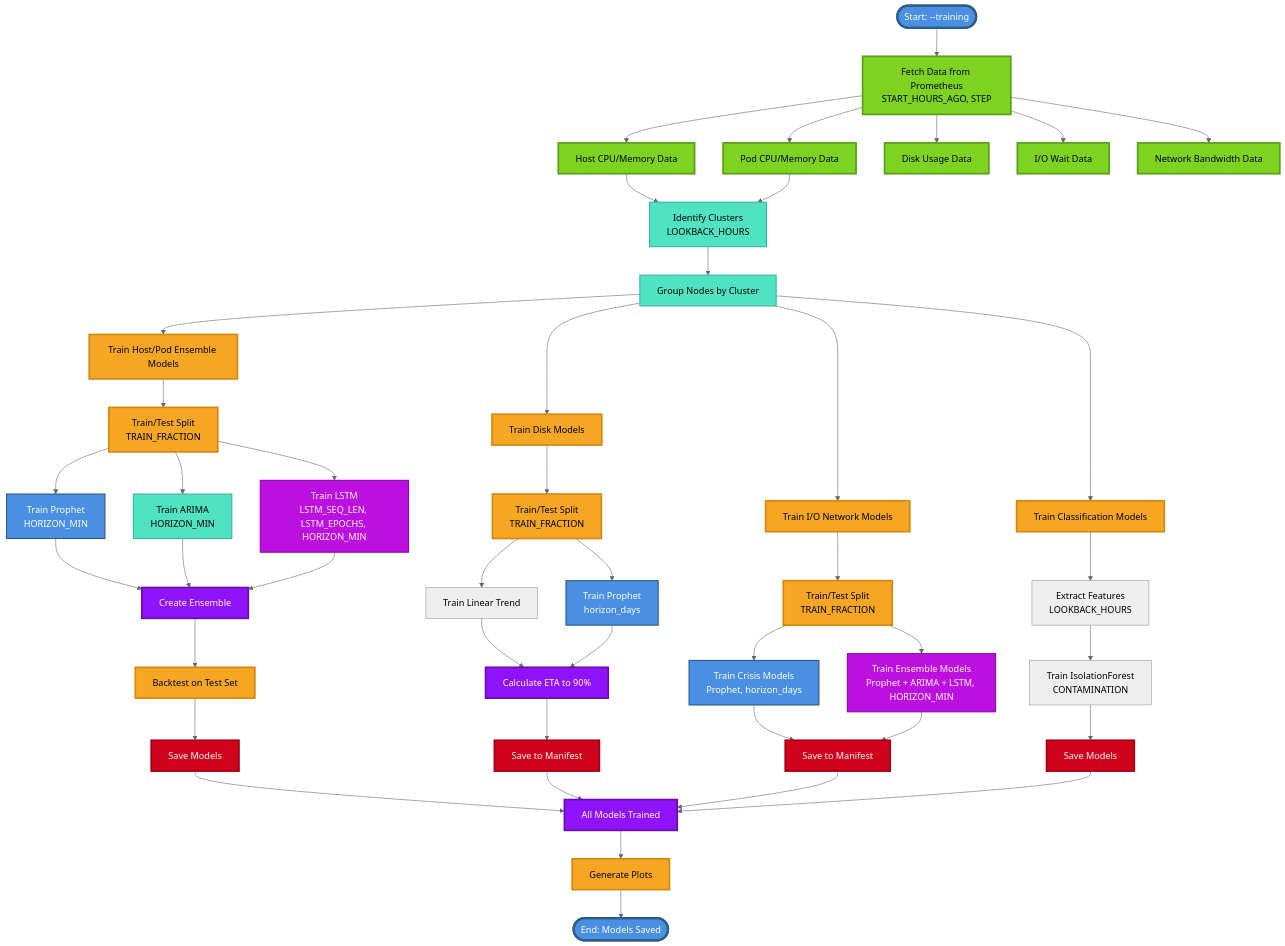
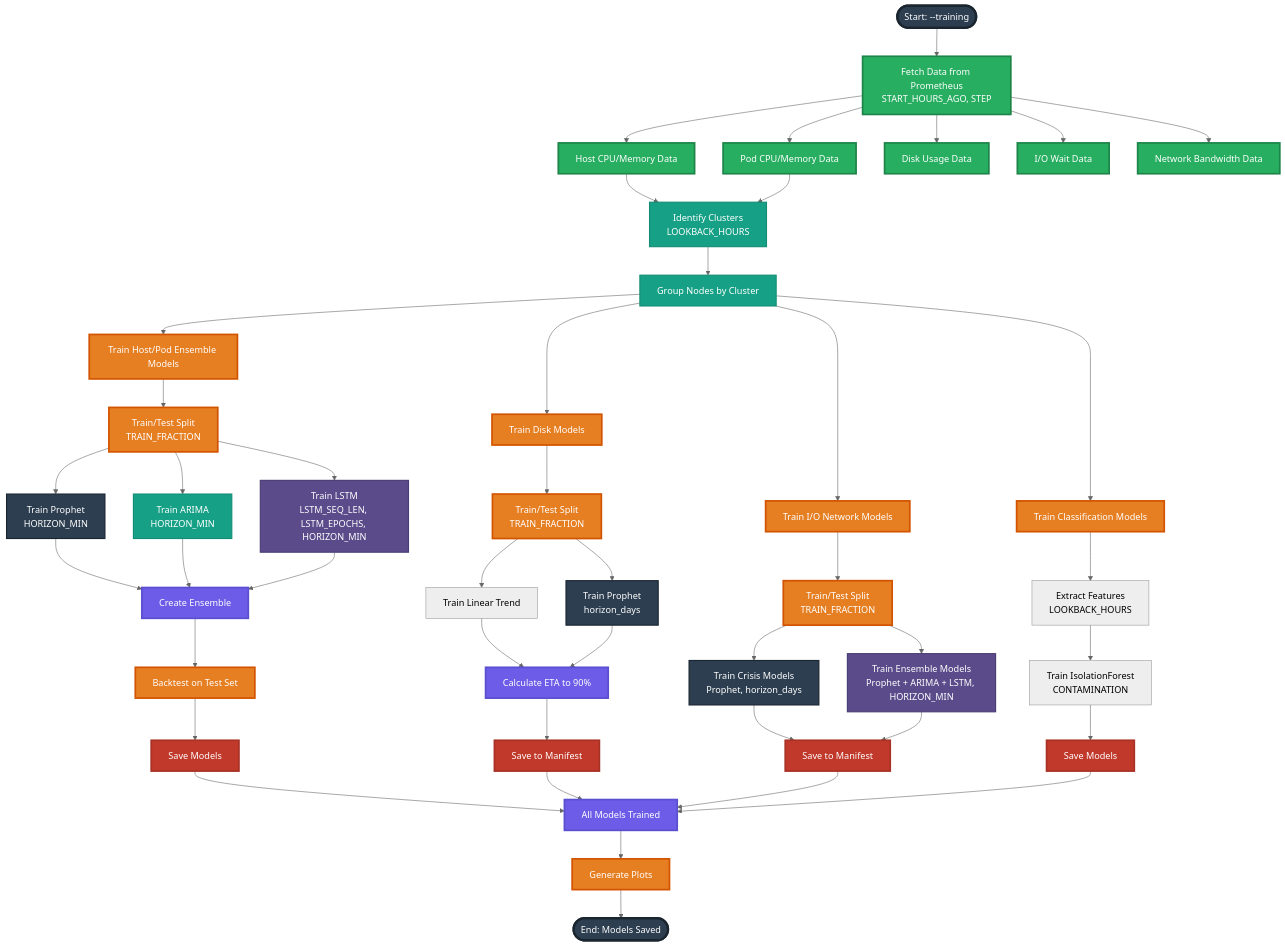
Before and after one commit to k8sautom8/metrics-ml: the third of 11 diagrams in Docs/VISUAL_ARCHITECTURE_GUIDE.md, drawn with Mermaid (neutral theme). The commit also changed other lines of this file, not shown here.

````diff
--- a/Docs/VISUAL_ARCHITECTURE_GUIDE.md
+++ b/Docs/VISUAL_ARCHITECTURE_GUIDE.md
@@ -227,77 +228,77 @@
 ```mermaid
 flowchart TD
     Start([Start: --training]) --> Fetch[Fetch Data from Prometheus<br/>START_HOURS_AGO, STEP]
     
     Fetch --> HostData[Host CPU/Memory Data]
     Fetch --> PodData[Pod CPU/Memory Data]
     Fetch --> DiskData[Disk Usage Data]
     Fetch --> IOData[I/O Wait Data]
     Fetch --> NetData[Network Bandwidth Data]
     
     HostData --> ClusterID[Identify Clusters<br/>LOOKBACK_HOURS]
     PodData --> ClusterID
     
     ClusterID --> GroupNodes[Group Nodes by Cluster]
     
     GroupNodes --> HostPodTrain[Train Host/Pod Ensemble Models]
     GroupNodes --> DiskTrain[Train Disk Models]
     GroupNodes --> IOTrain[Train I/O Network Models]
     GroupNodes --> ClassTrain[Train Classification Models]
     
     HostPodTrain --> HPSplit[Train/Test Split<br/>TRAIN_FRACTION]
     HPSplit --> HPProphet[Train Prophet<br/>HORIZON_MIN]
     HPSplit --> HPARIMA[Train ARIMA<br/>HORIZON_MIN]
     HPSplit --> HPLSTM[Train LSTM<br/>LSTM_SEQ_LEN, LSTM_EPOCHS, HORIZON_MIN]
     HPProphet --> HPEnsemble[Create Ensemble]
     HPARIMA --> HPEnsemble
     HPLSTM --> HPEnsemble
     HPEnsemble --> HPBacktest[Backtest on Test Set]
     HPBacktest --> HPSave[Save Models]
     
     DiskTrain --> DiskSplit[Train/Test Split<br/>TRAIN_FRACTION]
     DiskSplit --> DiskLinear[Train Linear Trend]
     DiskSplit --> DiskProphet[Train Prophet<br/>horizon_days]
     DiskLinear --> DiskETA[Calculate ETA to 90%]
     DiskProphet --> DiskETA
     DiskETA --> DiskSave[Save to Manifest]
     
     IOTrain --> IOSplit[Train/Test Split<br/>TRAIN_FRACTION]
     IOSplit --> IOCrisis[Train Crisis Models<br/>Prophet, horizon_days]
     IOSplit --> IOEnsemble[Train Ensemble Models<br/>Prophet + ARIMA + LSTM, HORIZON_MIN]
     IOCrisis --> IOSave[Save to Manifest]
     IOEnsemble --> IOSave
     
     ClassTrain --> ClassFeat[Extract Features<br/>LOOKBACK_HOURS]
     ClassFeat --> ClassISO[Train IsolationForest<br/>CONTAMINATION]
     ClassISO --> ClassSave[Save Models]
     
     HPSave --> AllDone[All Models Trained]
     DiskSave --> AllDone
     IOSave --> AllDone
     ClassSave --> AllDone
     
     AllDone --> GeneratePlots[Generate Plots]
     GeneratePlots --> End([End: Models Saved])
     
-    classDef startEnd fill:#4A90E2,stroke:#2E5C8A,stroke-width:4px,color:#fff
-    classDef dataFetch fill:#7ED321,stroke:#5A9F1A,stroke-width:3px,color:#000
-    classDef dataProcess fill:#50E3C2,stroke:#3AB89F,stroke-width:2px,color:#000
-    classDef modelTrain fill:#F5A623,stroke:#D68910,stroke-width:3px,color:#000
-    classDef prophet fill:#4A90E2,stroke:#2E5C8A,stroke-width:2px,color:#fff
-    classDef arima fill:#50E3C2,stroke:#3AB89F,stroke-width:2px,color:#000
-    classDef lstm fill:#BD10E0,stroke:#8B0DA8,stroke-width:2px,color:#fff
-    classDef ensemble fill:#9013FE,stroke:#6A0DAD,stroke-width:3px,color:#fff
-    classDef save fill:#D0021B,stroke:#A00115,stroke-width:3px,color:#fff
-    classDef output fill:#F5A623,stroke:#D68910,stroke-width:3px,color:#000
+    classDef startEnd fill:#2C3E50,stroke:#1A252F,stroke-width:4px,color:#fff
+    classDef dataFetch fill:#27AE60,stroke:#1E8449,stroke-width:3px,color:#fff
+    classDef dataProcess fill:#16A085,stroke:#138D75,stroke-width:2px,color:#fff
+    classDef modelTrain fill:#E67E22,stroke:#D35400,stroke-width:3px,color:#fff
+    classDef prophet fill:#2C3E50,stroke:#1A252F,stroke-width:2px,color:#fff
+    classDef arima fill:#16A085,stroke:#138D75,stroke-width:2px,color:#fff
+    classDef lstm fill:#5B4B8A,stroke:#4A3D73,stroke-width:2px,color:#fff
+    classDef ensemble fill:#6C5CE7,stroke:#5A4FCF,stroke-width:3px,color:#fff
+    classDef save fill:#C0392B,stroke:#A93226,stroke-width:3px,color:#fff
+    classDef output fill:#E67E22,stroke:#D35400,stroke-width:3px,color:#fff
     
     class Start,End startEnd
     class Fetch,HostData,PodData,DiskData,IOData,NetData dataFetch
     class ClusterID,GroupNodes dataProcess
     class HostPodTrain,DiskTrain,IOTrain,ClassTrain,HPSplit,DiskSplit,IOSplit modelTrain
     class HPProphet,DiskProphet,IOCrisis prophet
     class HPARIMA arima
     class HPLSTM,IOEnsemble lstm
     class HPEnsemble,DiskETA,AllDone ensemble
     class HPSave,DiskSave,IOSave,ClassSave save
     class HPBacktest,GeneratePlots output
 ```
````
